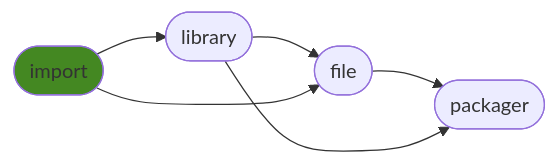
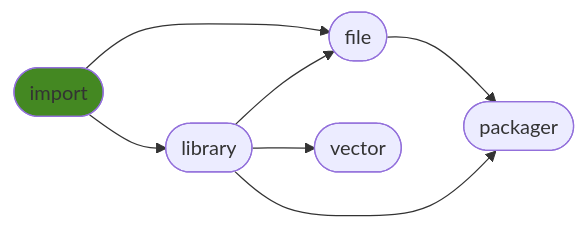
One commit to ManderaGeneral/generalimport changed the diagram in README.md. Above: the diagram before and after it, drawn with Mermaid. The commit also changed other lines of this file, not shown here.

````diff
--- a/README.md
+++ b/README.md
@@ -28,13 +28,15 @@
 ```mermaid
 flowchart LR
-2([file]) --> 3([packager])
+0([import]) --> 1([library])
+2([file]) --> 4([packager])
+1([library]) --> 3([vector])
+0([import]) --> 2([file])
+1([library]) --> 4([packager])
 1([library]) --> 2([file])
-0([import]) --> 1([library])
-0([import]) --> 2([file])
-1([library]) --> 3([packager])
 click 0 "https://github.com/ManderaGeneral/generalimport"
 click 1 "https://github.com/ManderaGeneral/generallibrary"
 click 2 "https://github.com/ManderaGeneral/generalfile"
-click 3 "https://github.com/ManderaGeneral/generalpackager"
+click 3 "https://github.com/ManderaGeneral/generalvector"
+click 4 "https://github.com/ManderaGeneral/generalpackager"
 style 0 fill:#482
 ```
````
